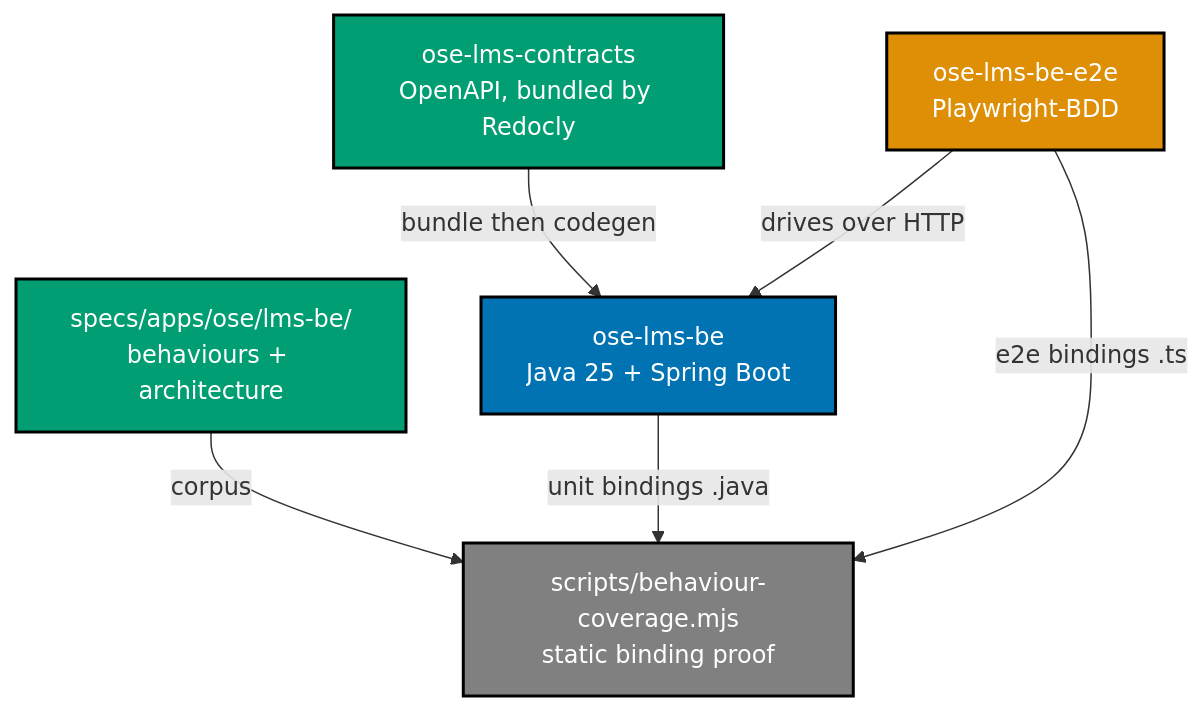
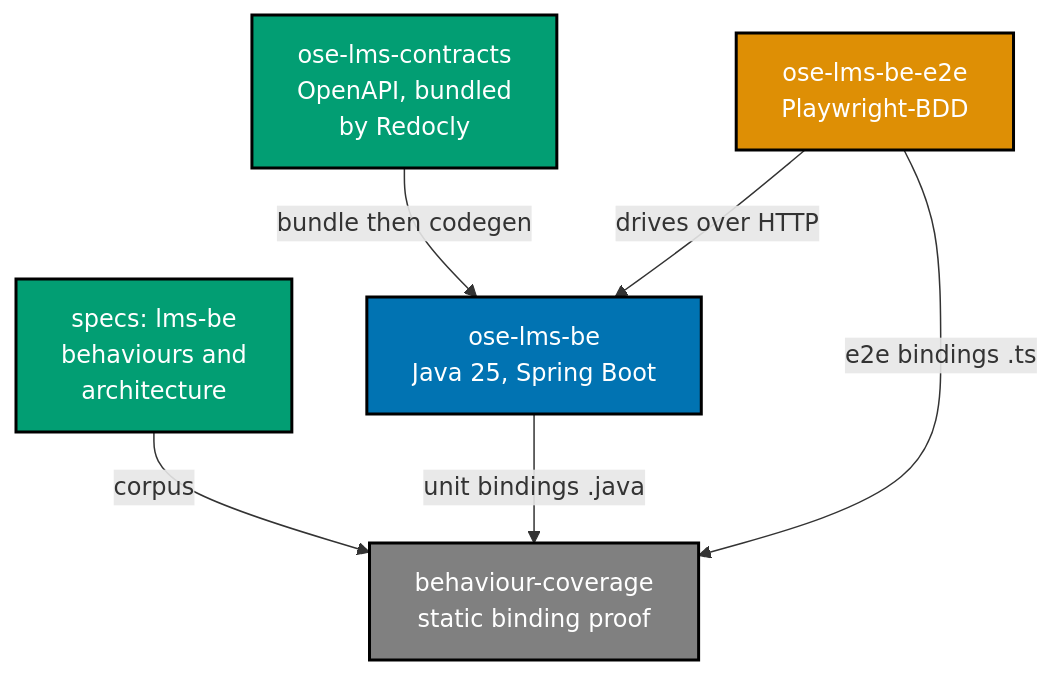
The second of 5 diagrams in plans/in-progress/lms-init/tech-docs.md (wahidyankf/open-sharia-fintech), drawn with Mermaid before and after one commit. The commit also changed other lines of this file and 2 other files, not shown here.

````diff
--- a/plans/in-progress/lms-init/tech-docs.md
+++ b/plans/in-progress/lms-init/tech-docs.md
@@ -81,20 +82,20 @@
 ```mermaid
 %% Color palette: Blue #0173B2, Orange #DE8F05, Teal #029E73, Gray #808080
 graph TD
-    SPEC["specs/apps/ose/lms-be/<br/>behaviours + architecture"]:::teal
-    CON["ose-lms-contracts<br/>OpenAPI, bundled by Redocly"]:::teal
-    BE["ose-lms-be<br/>Java 25 + Spring Boot"]:::blue
+    SPEC["specs: lms-be<br/>behaviours and<br/>architecture"]:::teal
+    CON["ose-lms-contracts<br/>OpenAPI, bundled<br/>by Redocly"]:::teal
+    BE["ose-lms-be<br/>Java 25, Spring Boot"]:::blue
     E2E["ose-lms-be-e2e<br/>Playwright-BDD"]:::orange
-    VAL["scripts/behaviour-coverage.mjs<br/>static binding proof"]:::gray
+    VAL["behaviour-coverage<br/>static binding proof"]:::gray
 
     CON -->|"bundle then codegen"| BE
     SPEC -->|"corpus"| VAL
     BE -->|"unit bindings .java"| VAL
     E2E -->|"e2e bindings .ts"| VAL
     E2E -->|"drives over HTTP"| BE
 
     classDef blue fill:#0173B2,stroke:#000000,color:#FFFFFF,stroke-width:2px
     classDef orange fill:#DE8F05,stroke:#000000,color:#FFFFFF,stroke-width:2px
     classDef teal fill:#029E73,stroke:#000000,color:#FFFFFF,stroke-width:2px
     classDef gray fill:#808080,stroke:#000000,color:#FFFFFF,stroke-width:2px
 ```
````
